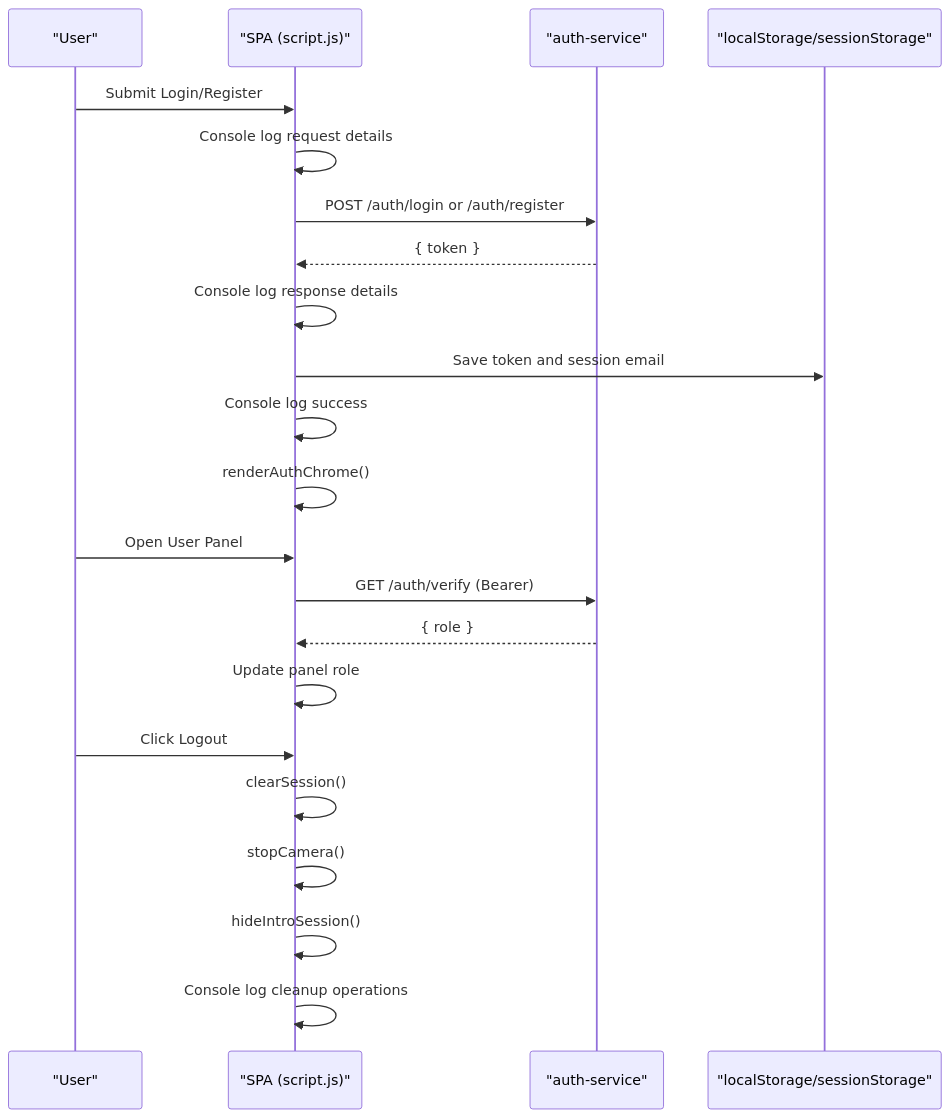
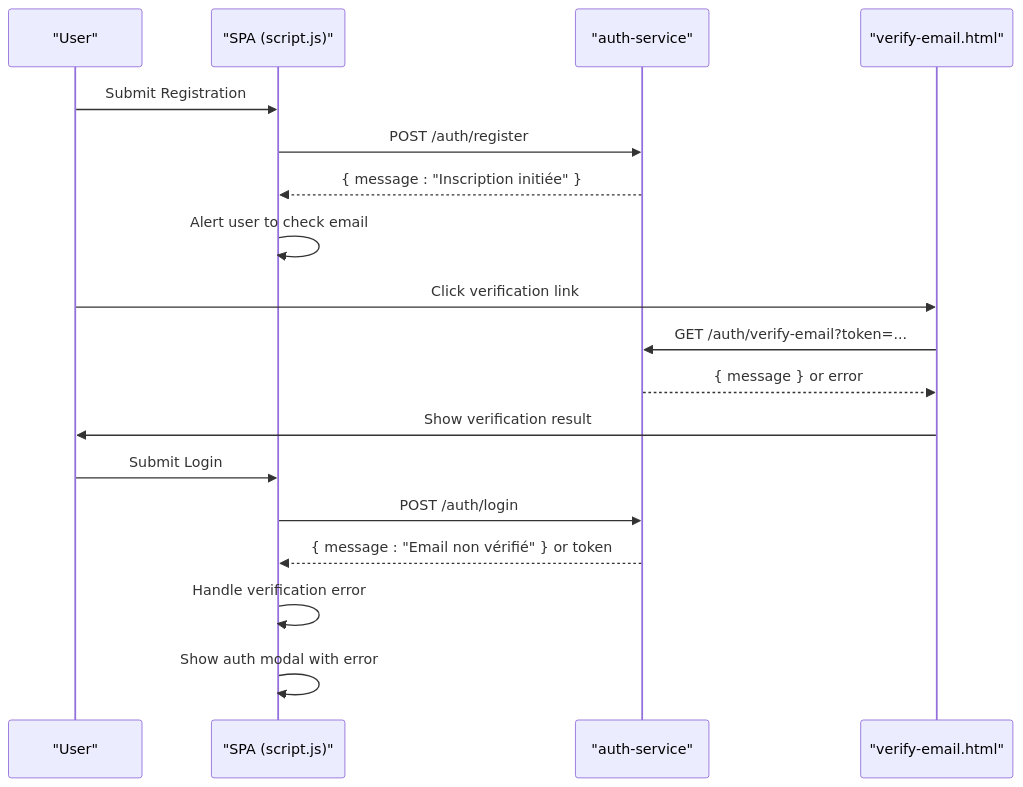
One commit to ikramhh/signvue-project changed the seventh of 12 diagrams in .qoder/repowiki/en/content/Frontend Application.md. Above: the diagram before and after it, drawn with Mermaid. The commit also changed other lines of this file and 4 other files, not shown here.

````diff
--- a/.qoder/repowiki/en/content/Frontend Application.md
+++ b/.qoder/repowiki/en/content/Frontend Application.md
@@ -316,24 +336,20 @@
 ```mermaid
 sequenceDiagram
 participant U as "User"
 participant UI as "SPA (script.js)"
 participant AUTH as "auth-service"
-participant LS as "localStorage/sessionStorage"
-U->>UI : Submit Login/Register
-UI->>UI : Console log request details
-UI->>AUTH : POST /auth/login or /auth/register
-AUTH-->>UI : { token }
-UI->>UI : Console log response details
-UI->>LS : Save token and session email
-UI->>UI : Console log success
-UI->>UI : renderAuthChrome()
-U->>UI : Open User Panel
-UI->>AUTH : GET /auth/verify (Bearer)
-AUTH-->>UI : { role }
-UI->>UI : Update panel role
-U->>UI : Click Logout
-UI->>UI : clearSession()
-UI->>UI : stopCamera()
-UI->>UI : hideIntroSession()
-UI->>UI : Console log cleanup operations
+participant VERIF as "verify-email.html"
+U->>UI : Submit Registration
+UI->>AUTH : POST /auth/register
+AUTH-->>UI : { message : "Inscription initiée" }
+UI->>UI : Alert user to check email
+U->>VERIF : Click verification link
+VERIF->>AUTH : GET /auth/verify-email?token=...
+AUTH-->>VERIF : { message } or error
+VERIF->>U : Show verification result
+U->>UI : Submit Login
+UI->>AUTH : POST /auth/login
+AUTH-->>UI : { message : "Email non vérifié" } or token
+UI->>UI : Handle verification error
+UI->>UI : Show auth modal with error
 ```
````
